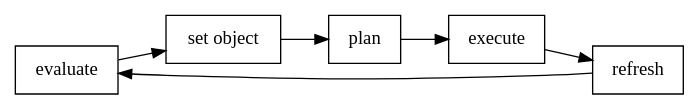
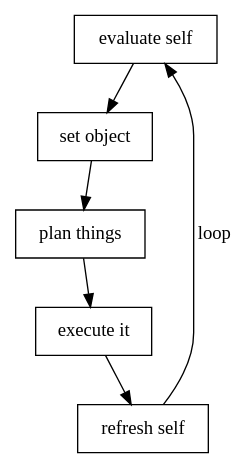
One commit to DreamAndDead/DreamAndDead.github.io changed the first of 2 diagrams in org/goal-theory/index.org. Above: the diagram before and after it, drawn with Graphviz. The commit also changed other lines of this file and 5 other files, not shown here.

```diff
--- a/org/goal-theory/index.org
+++ b/org/goal-theory/index.org
@@ -193,9 +207,8 @@
 #+begin_src dot :file images/theory-loop.png
 digraph {
-	rankdir=LR;
 	node[shape=rectangle];
 	
-    evaluate -> "set object" -> plan -> execute -> refresh;
-    refresh -> evaluate;
+    "evaluate self" -> "set object" -> "plan things" -> "execute it" -> "refresh self";
+    "refresh self" -> "evaluate self"[label="loop"];
 }
 #+end_src
```
